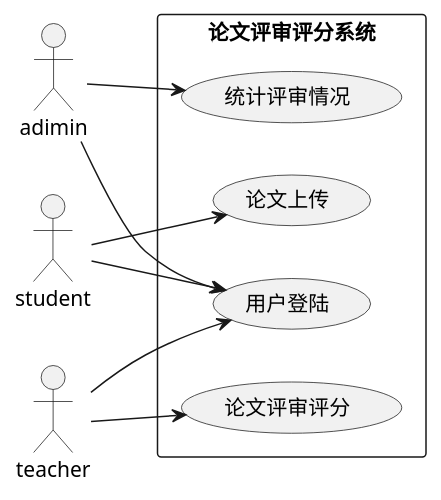
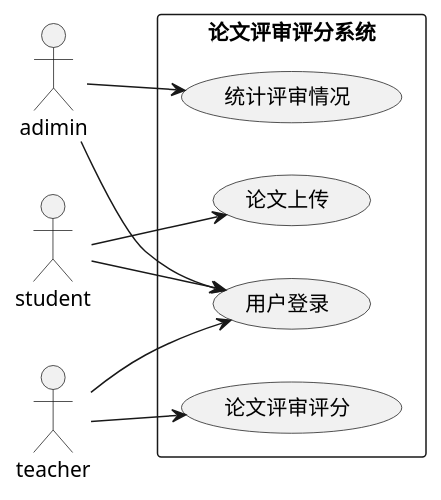
The diagram in documents/latexPaper_/uml/用例图/系统总体功能用例图.puml (swithun-liu/scoring_system), drawn with PlantUML before and after one commit. The commit also changed 19 other files, not shown here.

```diff
--- a/documents/latexPaper_/uml/用例图/系统总体功能用例图.puml
+++ b/documents/latexPaper_/uml/用例图/系统总体功能用例图.puml
@@ -1,20 +1,20 @@
 @startuml
 left to right direction
 
 actor adimin as aa
 actor student as sa
 actor teacher as ta
 rectangle 论文评审评分系统 {
-    usecase login as "用户登陆"
+    usecase login as "用户登录"
     usecase upload as "论文上传"
     usecase reviweComment as "论文评审评分"
     usecase statistic as "统计评审情况"
 }
 aa --> login
 sa --> login
 ta --> login
 sa --> upload
 ta --> reviweComment
 aa --> statistic
 
 @enduml
```
